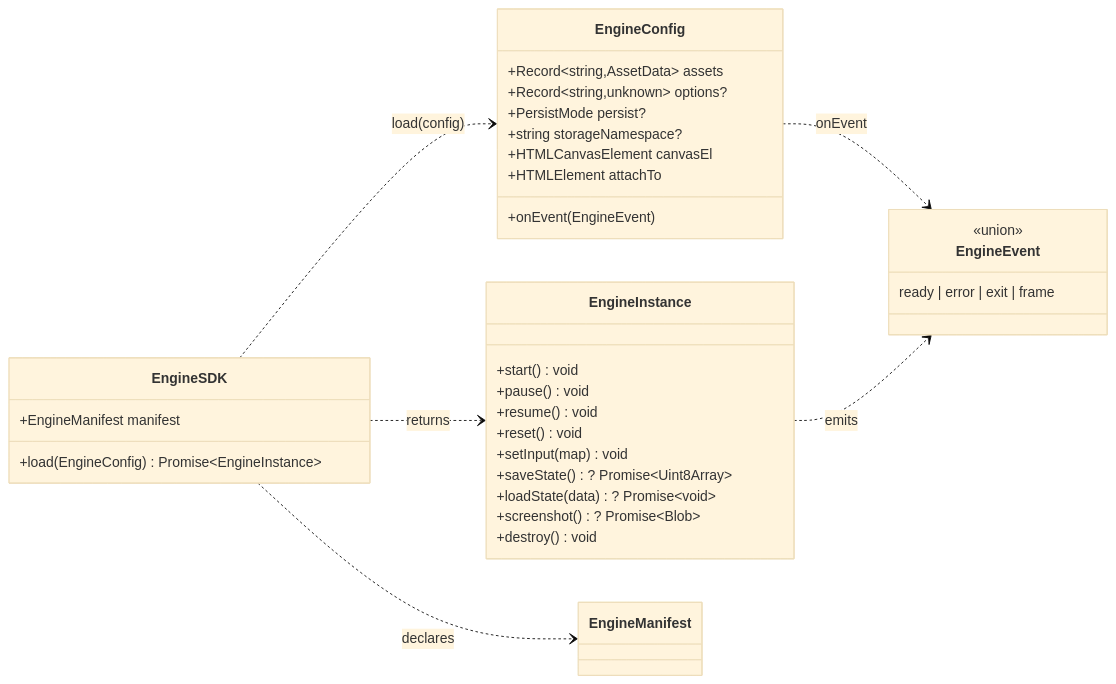
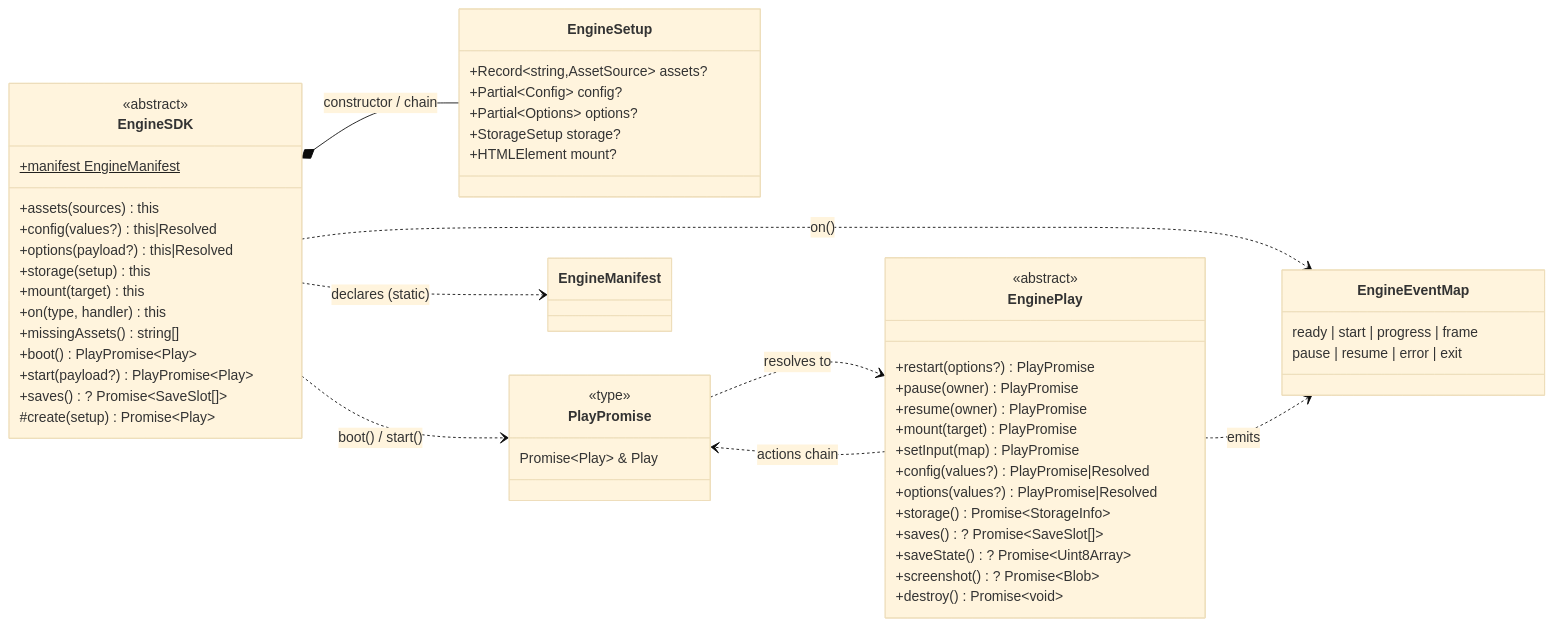
Before and after one commit to wasm-gaming/engine-specs: the second of 2 diagrams in docs/CONTRACT-MAP.md, drawn with Mermaid (base theme). The commit also changed other lines of this file and 5 other files, not shown here.

````diff
--- a/docs/CONTRACT-MAP.md
+++ b/docs/CONTRACT-MAP.md
@@ -66,37 +67,56 @@
 ```mermaid
 classDiagram
   direction LR
   class EngineSDK {
-    +EngineManifest manifest
-    +load(EngineConfig) Promise~EngineInstance~
+    <<abstract>>
+    +manifest EngineManifest$
+    +assets(sources) this
+    +config(values?) this|Resolved
+    +options(payload?) this|Resolved
+    +storage(setup) this
+    +mount(target) this
+    +on(type, handler) this
+    +missingAssets() string[]
+    +boot() PlayPromise~Play~
+    +start(payload?) PlayPromise~Play~
+    +saves()? Promise~SaveSlot[]~
+    #create(setup) Promise~Play~
   }
-  class EngineConfig {
-    +Record~string,AssetData~ assets
-    +Record~string,unknown~ options?
-    +PersistMode persist?
-    +string storageNamespace?
-    +HTMLCanvasElement canvasEl
-    +HTMLElement attachTo
-    +onEvent(EngineEvent)
+  class EngineSetup {
+    +Record~string,AssetSource~ assets?
+    +Partial~Config~ config?
+    +Partial~Options~ options?
+    +StorageSetup storage?
+    +HTMLElement mount?
   }
-  class EngineInstance {
-    +start() void
-    +pause() void
-    +resume() void
-    +reset() void
-    +setInput(map) void
+  class EnginePlay {
+    <<abstract>>
+    +restart(options?) PlayPromise
+    +pause(owner) PlayPromise
+    +resume(owner) PlayPromise
+    +mount(target) PlayPromise
+    +setInput(map) PlayPromise
+    +config(values?) PlayPromise|Resolved
+    +options(values?) PlayPromise|Resolved
+    +storage() Promise~StorageInfo~
+    +saves()? Promise~SaveSlot[]~
     +saveState()? Promise~Uint8Array~
-    +loadState(data)? Promise~void~
     +screenshot()? Promise~Blob~
-    +destroy() void
+    +destroy() Promise~void~
   }
-  class EngineEvent {
-    <<union>>
-    ready | error | exit | frame
+  class PlayPromise {
+    <<type>>
+    Promise~Play~ & Play
   }
-  EngineSDK ..> EngineManifest : declares
-  EngineSDK ..> EngineConfig : load(config)
-  EngineSDK ..> EngineInstance : returns
-  EngineConfig ..> EngineEvent : onEvent
-  EngineInstance ..> EngineEvent : emits
+  class EngineEventMap {
+    ready | start | progress | frame
+    pause | resume | error | exit
+  }
+  EngineSDK ..> EngineManifest : declares (static)
+  EngineSDK *-- EngineSetup : constructor / chain
+  EngineSDK ..> PlayPromise : boot() / start()
+  PlayPromise ..> EnginePlay : resolves to
+  EnginePlay ..> PlayPromise : actions chain
+  EngineSDK ..> EngineEventMap : on()
+  EnginePlay ..> EngineEventMap : emits
 ```
````
